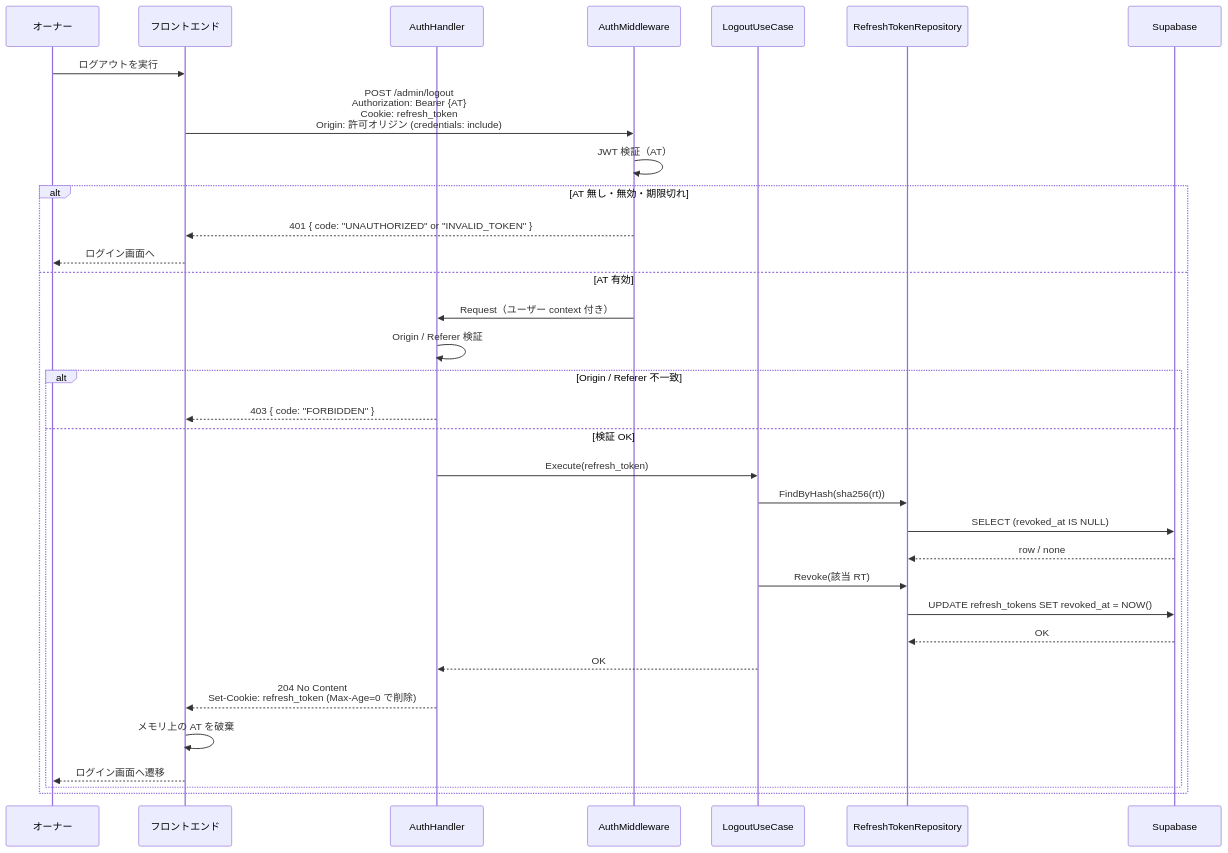
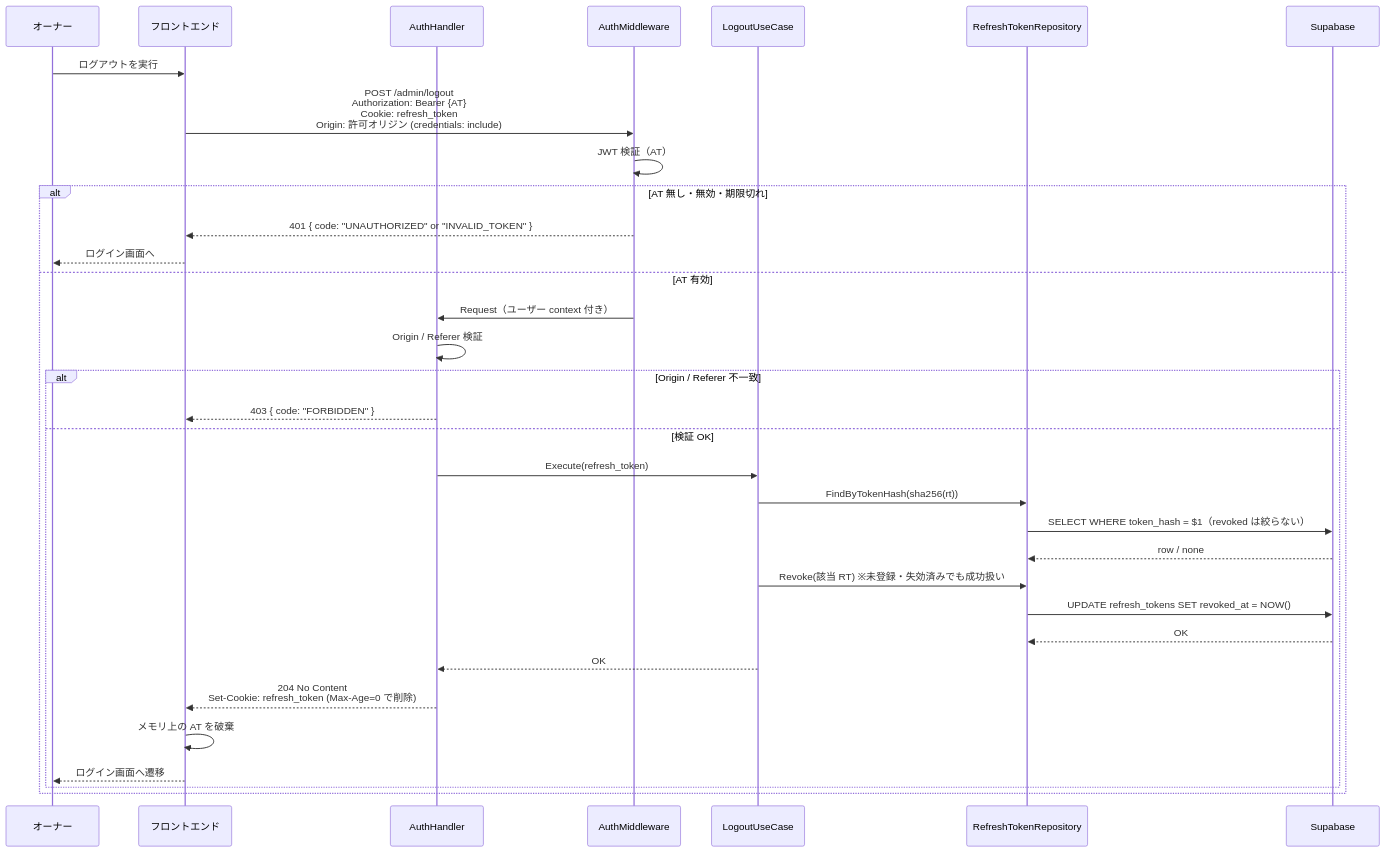
The sixth of 16 diagrams in docs/sequence.md (cergijame101007/satehits), drawn with Mermaid before and after one commit. The commit also changed other lines of this file and 8 other files, not shown here.

Commit message:
feat: RefreshUseCase とトランザクション基盤を追加

````diff
--- a/docs/sequence.md
+++ b/docs/sequence.md
@@ -201,37 +211,37 @@
 ```mermaid
 sequenceDiagram
     participant Owner as オーナー
     participant Frontend as フロントエンド
     participant Handler as AuthHandler
     participant Middleware as AuthMiddleware
     participant UseCase as LogoutUseCase
     participant RefreshRepo as RefreshTokenRepository
     participant DB as Supabase
 
     Owner->>Frontend: ログアウトを実行
     Frontend->>Middleware: POST /admin/logout<br/>Authorization: Bearer {AT}<br/>Cookie: refresh_token<br/>Origin: 許可オリジン (credentials: include)
 
     Middleware->>Middleware: JWT 検証（AT）
     alt AT 無し・無効・期限切れ
         Middleware-->>Frontend: 401 { code: "UNAUTHORIZED" or "INVALID_TOKEN" }
         Frontend-->>Owner: ログイン画面へ
     else AT 有効
         Middleware->>Handler: Request（ユーザー context 付き）
         Handler->>Handler: Origin / Referer 検証
         alt Origin / Referer 不一致
             Handler-->>Frontend: 403 { code: "FORBIDDEN" }
         else 検証 OK
             Handler->>UseCase: Execute(refresh_token)
-            UseCase->>RefreshRepo: FindByHash(sha256(rt))
-            RefreshRepo->>DB: SELECT (revoked_at IS NULL)
+            UseCase->>RefreshRepo: FindByTokenHash(sha256(rt))
+            RefreshRepo->>DB: SELECT WHERE token_hash = $1（revoked は絞らない）
             DB-->>RefreshRepo: row / none
-            UseCase->>RefreshRepo: Revoke(該当 RT)
+            UseCase->>RefreshRepo: Revoke(該当 RT) ※未登録・失効済みでも成功扱い
             RefreshRepo->>DB: UPDATE refresh_tokens SET revoked_at = NOW()
             DB-->>RefreshRepo: OK
             UseCase-->>Handler: OK
             Handler-->>Frontend: 204 No Content<br/>Set-Cookie: refresh_token (Max-Age=0 で削除)
             Frontend->>Frontend: メモリ上の AT を破棄
             Frontend-->>Owner: ログイン画面へ遷移
         end
     end
 ```
````
